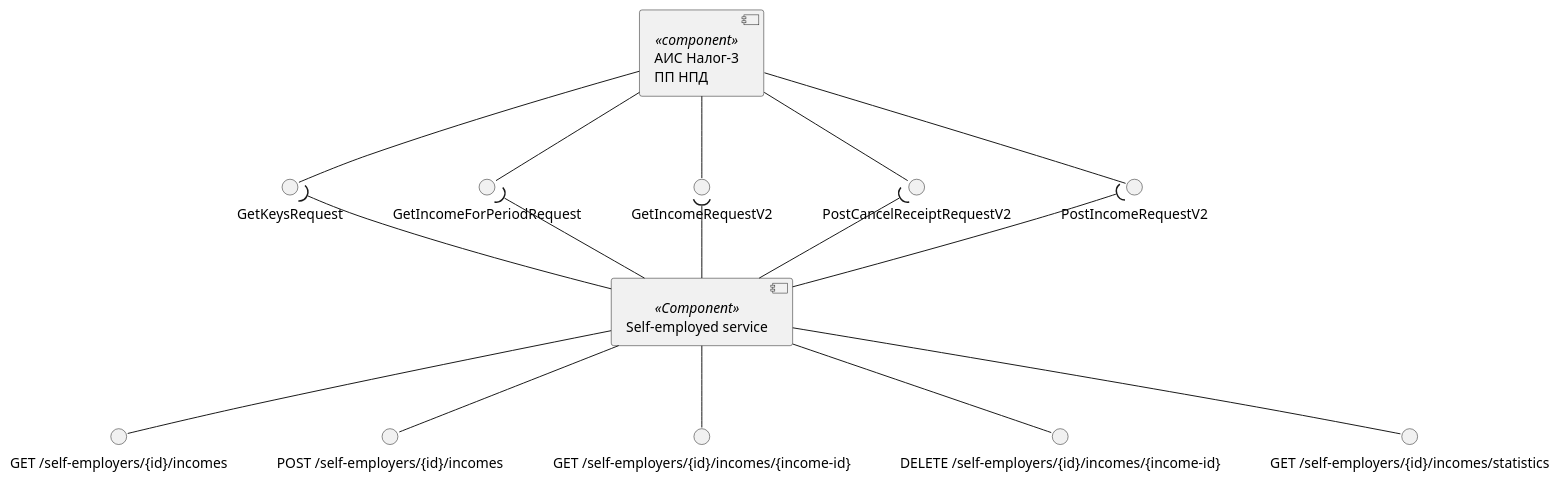
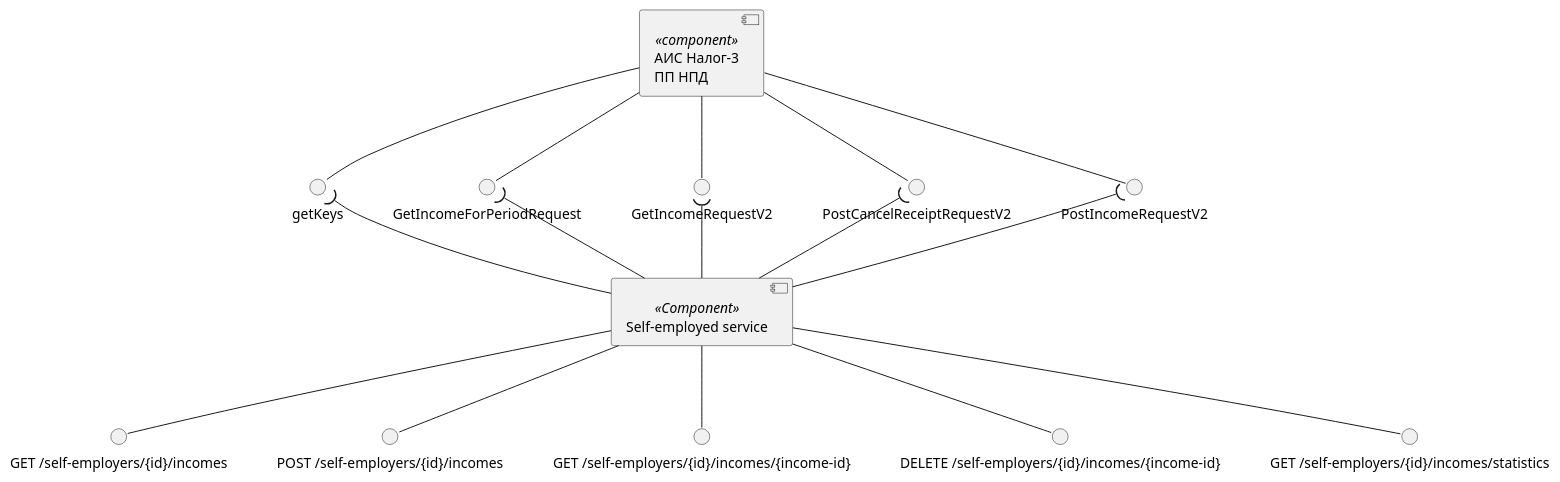
The sixth of 11 diagrams in diagrams/self-employed-service/components.puml (RaikBitters/ibank-internal-services), drawn with PlantUML before and after one commit. The commit also changed other lines of this file and 11 other files, not shown here.

Commit message:
Added offline component schema

```diff
--- a/diagrams/self-employed-service/components.puml
+++ b/diagrams/self-employed-service/components.puml
@@ -153,35 +155,34 @@
 @startuml incomes-components
 
 component "АИС Налог-3\nПП НПД" as Tax3 <<component>>
 interface "PostIncomeRequestV2" as postIncomeRequestV2
 interface "PostCancelReceiptRequestV2" as postCancelReceipt
 interface "GetIncomeRequestV2" as getIncomeRequestV2
 interface "GetIncomeForPeriodRequest" as getIncomeForPeriod
-interface "GetKeysRequest" as getKeys
 
 Tax3 --() postIncomeRequestV2
 Tax3 --() postCancelReceipt
 Tax3 --() getIncomeRequestV2
 Tax3 --() getIncomeForPeriod
 Tax3 --() getKeys
 
 component "Self-employed service" as SelfEmplService <<Component>>
 interface "GET /self-employers/{id}/incomes" as getIncomes
 interface "POST /self-employers/{id}/incomes" as postIncome
 interface "GET /self-employers/{id}/incomes/{income-id}" as getIncomesId
 interface "DELETE /self-employers/{id}/incomes/{income-id}" as delIncomesId
 interface "GET /self-employers/{id}/incomes/statistics" as getIncomesStatistics
 
 SelfEmplService --() getIncomes
 SelfEmplService --() postIncome
 SelfEmplService --() getIncomesId
 SelfEmplService --() delIncomesId
 SelfEmplService --() getIncomesStatistics
 
 SelfEmplService -up-( postIncomeRequestV2
 SelfEmplService -up-( postCancelReceipt
 SelfEmplService -up-( getIncomeRequestV2
 SelfEmplService -up-( getIncomeForPeriod
 SelfEmplService -up-( getKeys
 
 @enduml
```
